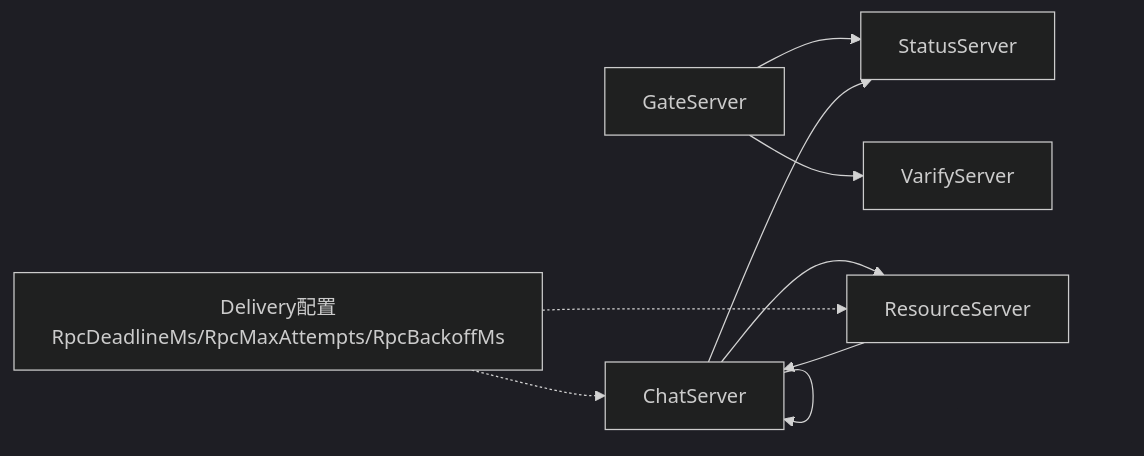
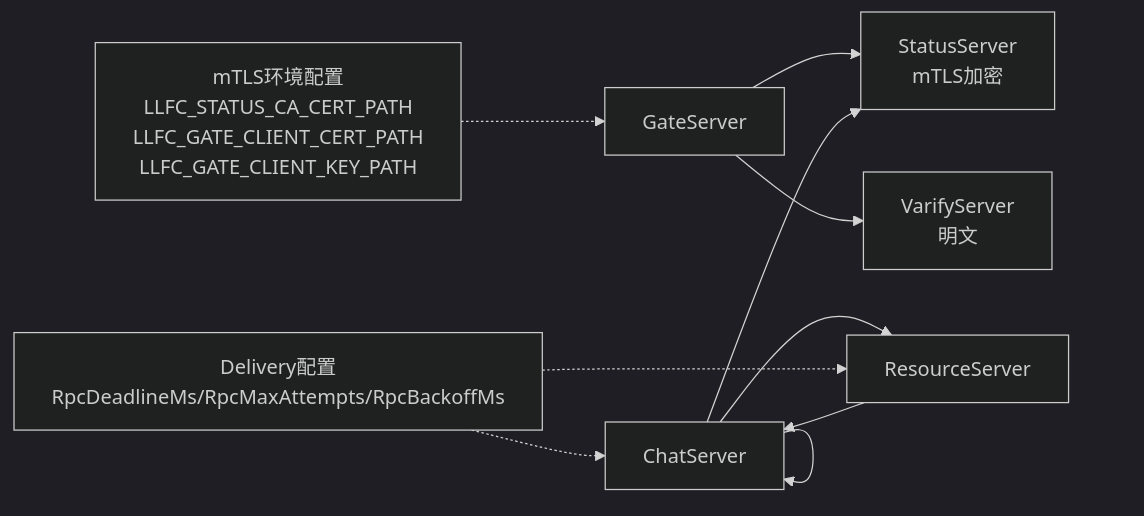
The eighth of 8 diagrams in .qoder/repowiki/zh/content/架构设计/微服务架构设计/服务间通信机制.md (echo9923/mychatter), drawn with Mermaid (dark theme) before and after one commit. The commit also changed other lines of this file and 107 other files, not shown here.

````diff
--- a/.qoder/repowiki/zh/content/架构设计/微服务架构设计/服务间通信机制.md
+++ b/.qoder/repowiki/zh/content/架构设计/微服务架构设计/服务间通信机制.md
@@ -436,11 +450,12 @@
 ```mermaid
 graph LR
-Gate["GateServer"] --> Status["StatusServer"]
-Gate --> Verify["VarifyServer"]
+Gate["GateServer"] --> Status["StatusServer<br/>mTLS加密"]
+Gate --> Verify["VarifyServer<br/>明文"]
 Chat["ChatServer"] --> Status
 Chat --> Res["ResourceServer"]
 Chat --> Chat
 Res --> Chat
 Note1["Delivery配置<br/>RpcDeadlineMs/RpcMaxAttempts/RpcBackoffMs"] -.-> Chat
 Note1 -.-> Res
+Note2["mTLS环境配置<br/>LLFC_STATUS_CA_CERT_PATH<br/>LLFC_GATE_CLIENT_CERT_PATH<br/>LLFC_GATE_CLIENT_KEY_PATH"] -.-> Gate
 ```
````
